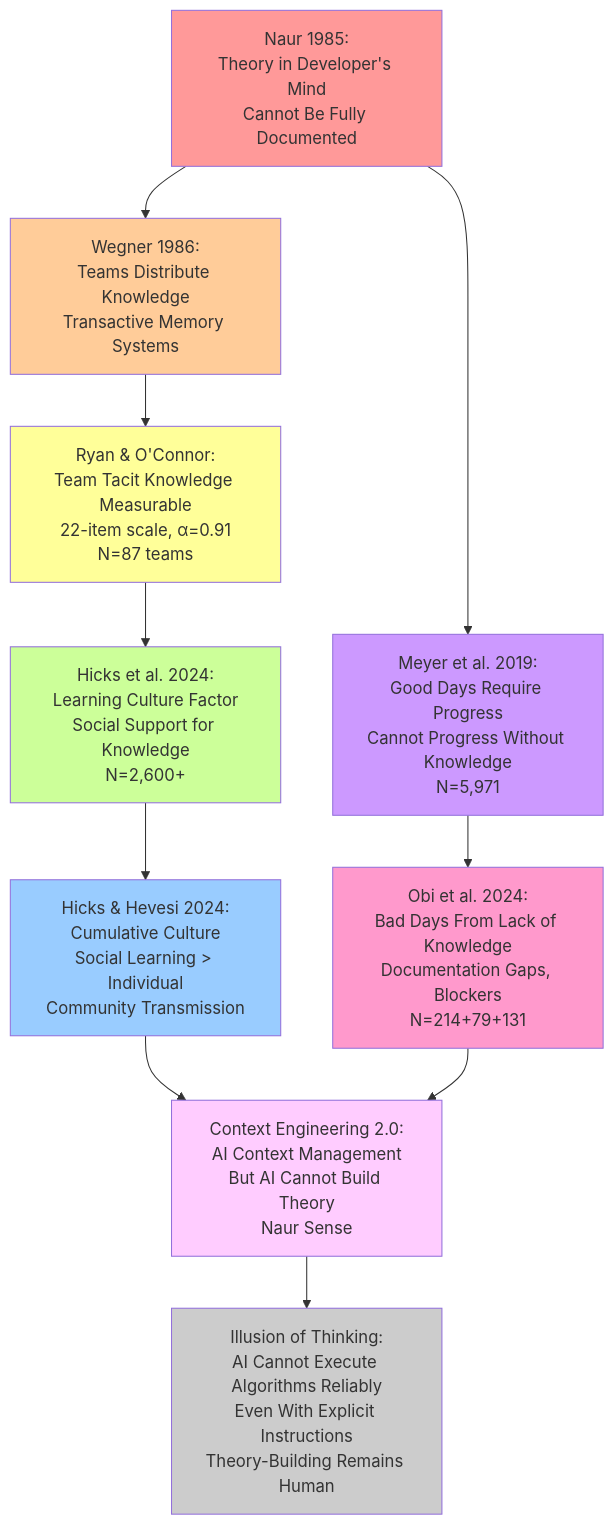
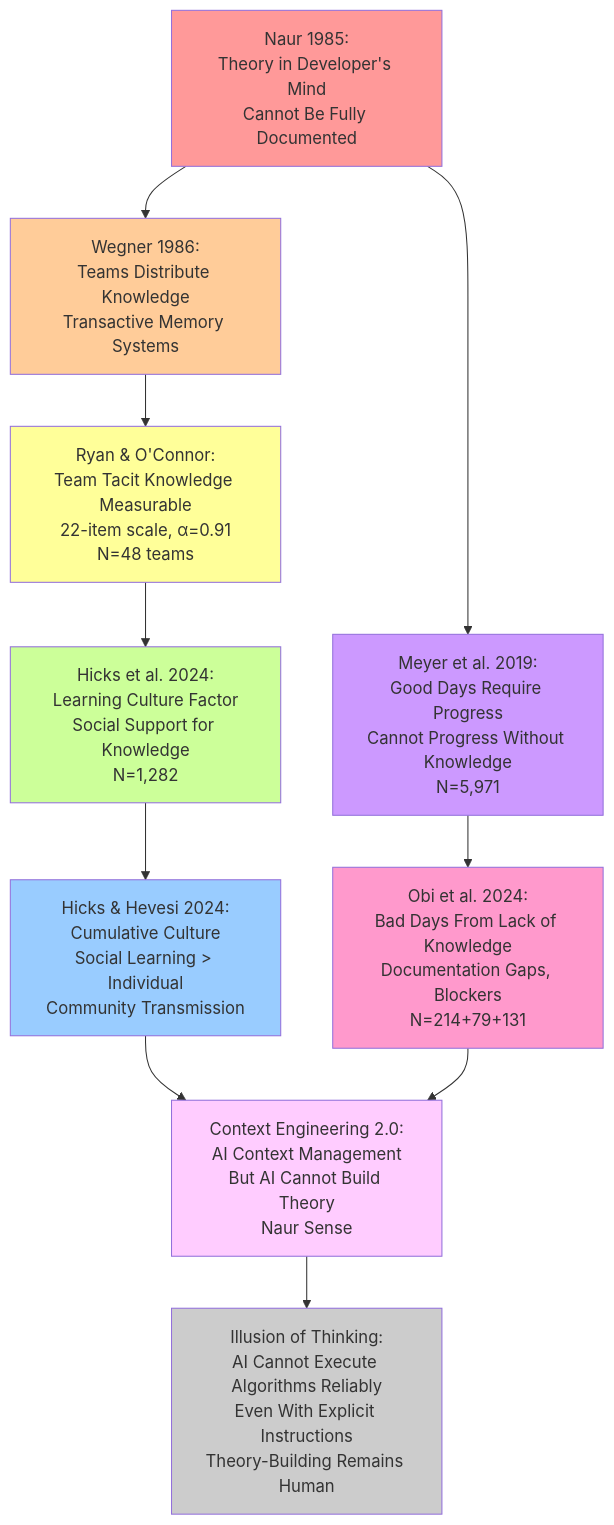
The fourth of 10 diagrams in concepts/integration_framework-architecture.md (CdrBlair/project-2501), drawn with Mermaid before and after one commit. The commit also changed other lines of this file and 2 other files, not shown here.

````diff
--- a/concepts/integration_framework-architecture.md
+++ b/concepts/integration_framework-architecture.md
@@ -339,30 +339,30 @@
 ```mermaid
 flowchart TD
     A[Naur 1985:<br/>Theory in Developer's Mind<br/>Cannot Be Fully Documented] --> B[Wegner 1986:<br/>Teams Distribute Knowledge<br/>Transactive Memory Systems]
     
-    B --> C[Ryan & O'Connor:<br/>Team Tacit Knowledge Measurable<br/>22-item scale, α=0.91<br/>N=87 teams]
+    B --> C[Ryan & O'Connor:<br/>Team Tacit Knowledge Measurable<br/>22-item scale, α=0.91<br/>N=48 teams]
     
-    C --> D[Hicks et al. 2024:<br/>Learning Culture Factor<br/>Social Support for Knowledge<br/>N=2,600+]
+    C --> D[Hicks et al. 2024:<br/>Learning Culture Factor<br/>Social Support for Knowledge<br/>N=1,282]
     
     D --> E[Hicks & Hevesi 2024:<br/>Cumulative Culture<br/>Social Learning > Individual<br/>Community Transmission]
     
     A --> F[Meyer et al. 2019:<br/>Good Days Require Progress<br/>Cannot Progress Without Knowledge<br/>N=5,971]
     
     F --> G[Obi et al. 2024:<br/>Bad Days From Lack of Knowledge<br/>Documentation Gaps, Blockers<br/>N=214+79+131]
     
     E --> H[Context Engineering 2.0:<br/>AI Context Management<br/>But AI Cannot Build Theory<br/>Naur Sense]
     
     G --> H
     
     H --> I[Illusion of Thinking:<br/>AI Cannot Execute Algorithms Reliably<br/>Even With Explicit Instructions<br/>Theory-Building Remains Human]
     
     style A fill:#ff9999
     style B fill:#ffcc99
     style C fill:#ffff99
     style D fill:#ccff99
     style E fill:#99ccff
     style F fill:#cc99ff
     style G fill:#ff99cc
     style H fill:#ffccff
     style I fill:#cccccc
 ```
````
